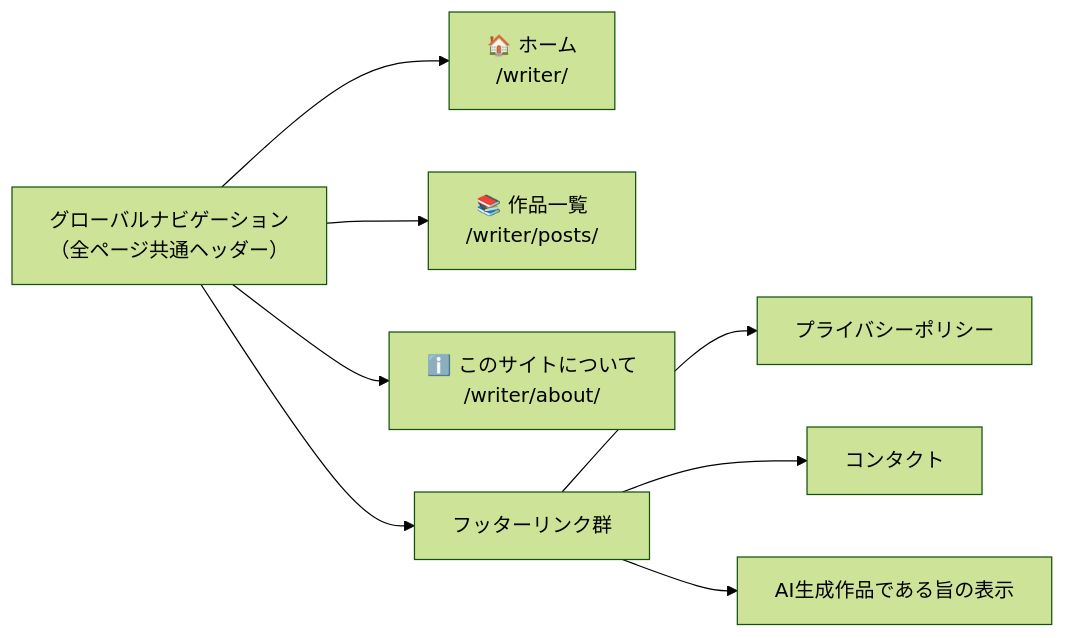
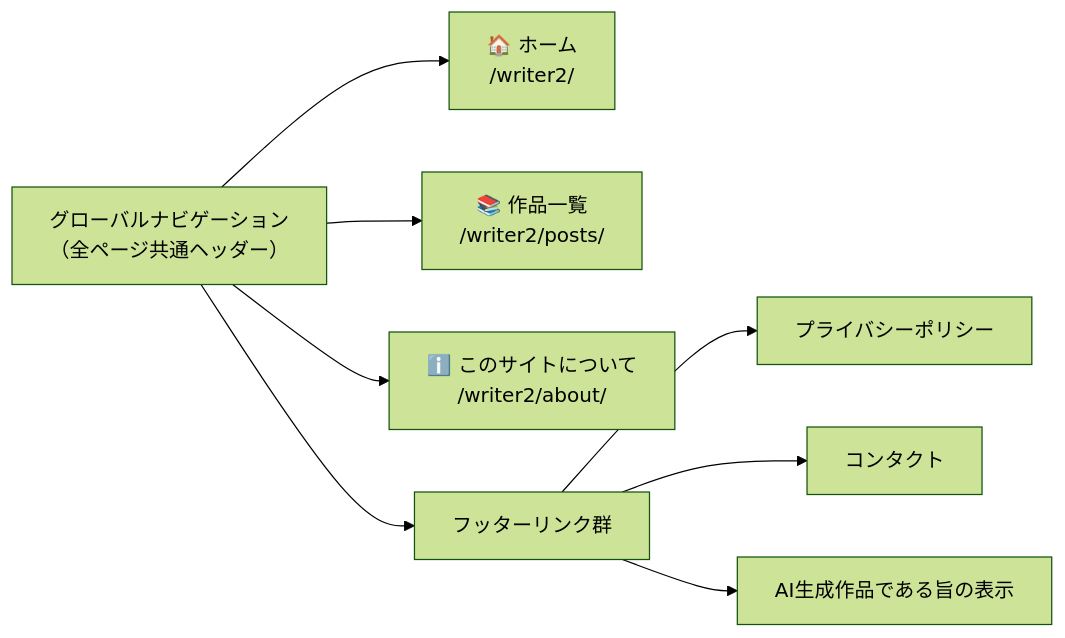
One commit to garyohosu/writer2 changed the second of 8 diagrams in UI.md. Above: the diagram before and after it, drawn with Mermaid (forest theme). The commit also changed other lines of this file and 2 other files, not shown here.

````diff
--- a/UI.md
+++ b/UI.md
@@ -37,13 +37,13 @@
 ```mermaid
 graph LR
     NAV["グローバルナビゲーション\n（全ページ共通ヘッダー）"]
 
-    NAV --> HOME["🏠 ホーム\n/writer/"]
-    NAV --> STORIES["📚 作品一覧\n/writer/posts/"]
-    NAV --> ABOUT2["ℹ️ このサイトについて\n/writer/about/"]
+    NAV --> HOME["🏠 ホーム\n/writer2/"]
+    NAV --> STORIES["📚 作品一覧\n/writer2/posts/"]
+    NAV --> ABOUT2["ℹ️ このサイトについて\n/writer2/about/"]
     NAV --> FOOTER["フッターリンク群"]
 
     FOOTER --> PRIVACY2["プライバシーポリシー"]
     FOOTER --> CONTACT2["コンタクト"]
     FOOTER --> AIDISCL["AI生成作品である旨の表示"]
 ```
````
